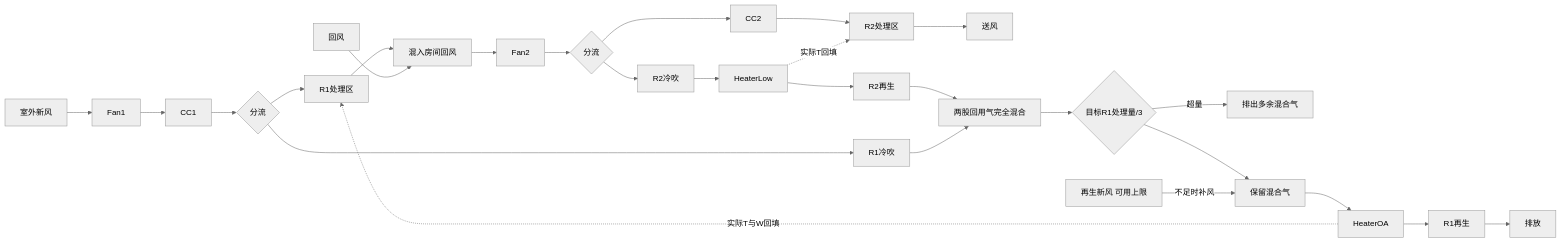
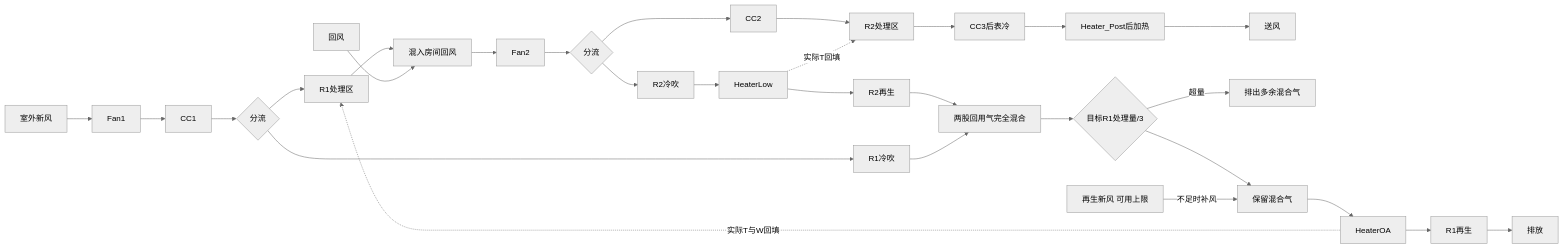
The diagram in docs/handoff/系统拓扑与物理契约.md (deep4rest/Dehumidifier), drawn with Mermaid (neutral theme) before and after one commit. The commit also changed other lines of this file and 67 other files, not shown here.

````diff
--- a/docs/handoff/系统拓扑与物理契约.md
+++ b/docs/handoff/系统拓扑与物理契约.md
@@ -10,18 +12,18 @@
 ```mermaid
 flowchart LR
  OA[室外新风] --> F1[Fan1] --> CC1[CC1] --> S1{分流}
  S1 --> R1P[R1处理区] --> M1[混入房间回风] --> F2[Fan2] --> S2{分流}
  RA[回风] --> M1
- S2 --> CC2[CC2] --> R2P[R2处理区] --> SUP[送风]
+ S2 --> CC2[CC2] --> R2P[R2处理区] --> CC3[CC3后表冷] --> HPOST[Heater_Post后加热] --> SUP[送风]
  S2 --> R2CB[R2冷吹] --> HL[HeaterLow] --> R2RG[R2再生]
  S1 --> R1CB[R1冷吹]
  R2RG --> REC[两股回用气完全混合]
  R1CB --> REC
  REC --> RULE{目标R1处理量/3}
  RULE -->|超量| VENT[排出多余混合气]
  RULE --> USE[保留混合气]
  ROA[再生新风 可用上限] -->|不足时补风| USE
  USE --> HOA[HeaterOA] --> R1RG[R1再生] --> EXH[排放]
  HOA -. 实际T与W回填 .-> R1P
  HL -. 实际T回填 .-> R2P
 ```
````
